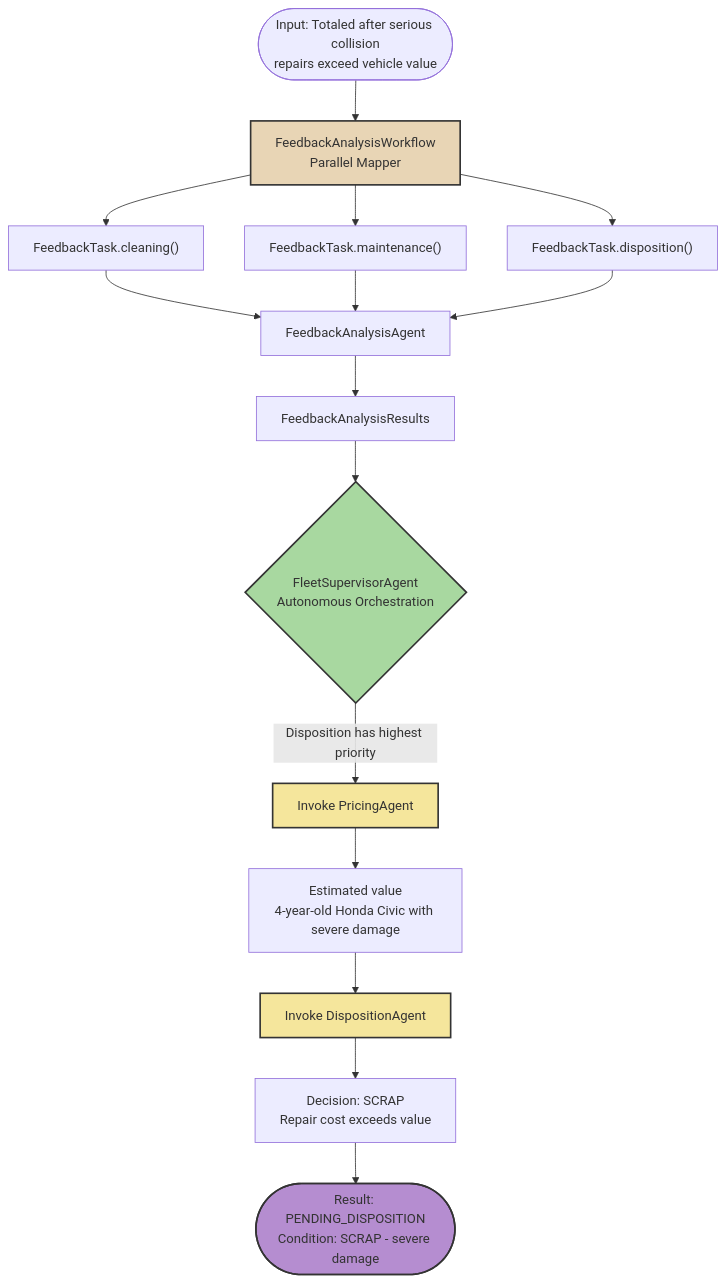
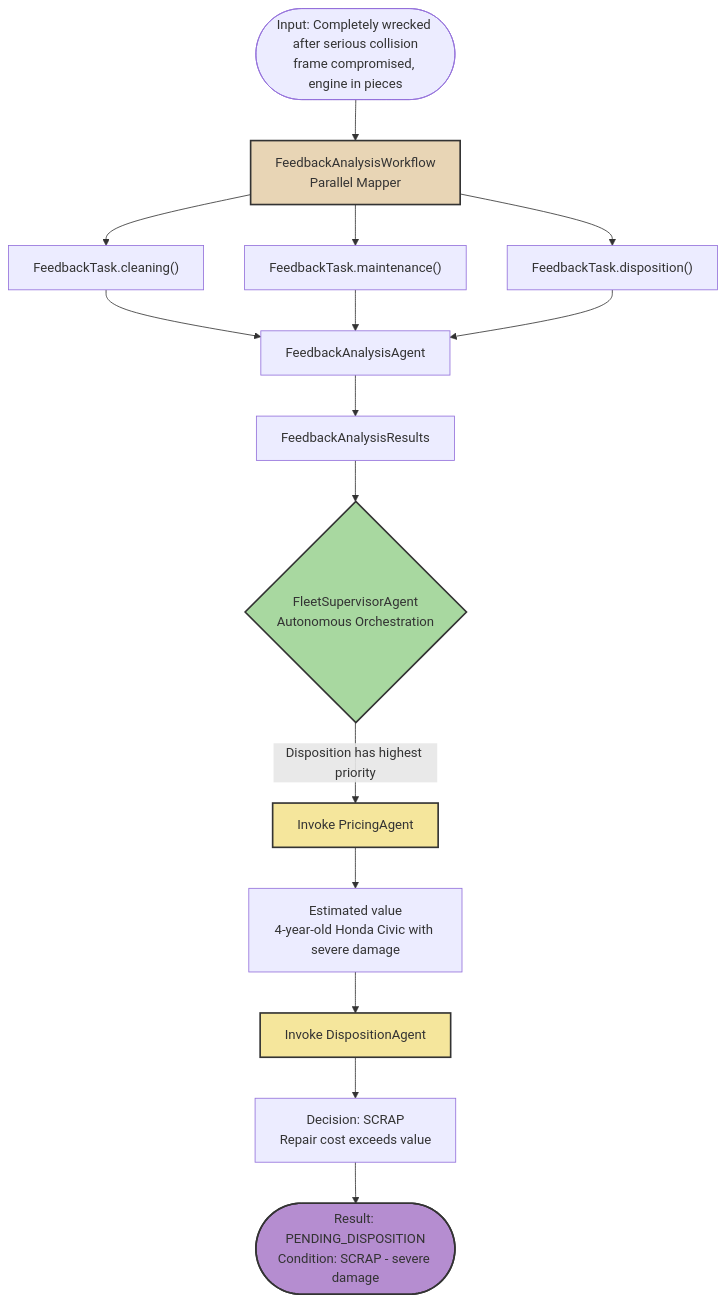
The second of 5 diagrams in docs/docs/section-2/step-04.md (quarkusio/quarkus-workshop-langchain4j), drawn with Mermaid before and after one commit. The commit also changed other lines of this file, not shown here.

Commit message:
Revise feedback text in documentation for improved clarity

````diff
--- a/docs/docs/section-2/step-04.md
+++ b/docs/docs/section-2/step-04.md
@@ -450,26 +450,26 @@
 ```mermaid
 flowchart TD
-    Start(["Input: Totaled after serious collision<br/>repairs exceed vehicle value"])
+    Start(["Input: Completely wrecked after serious collision<br/>frame compromised, engine in pieces"])
 
     Start --> FW["FeedbackAnalysisWorkflow<br/>Parallel Mapper"]
     FW --> T1["FeedbackTask.cleaning()"]
     FW --> T2["FeedbackTask.maintenance()"]
     FW --> T3["FeedbackTask.disposition()"]
     T1 --> A1["FeedbackAnalysisAgent"]
     T2 --> A1
     T3 --> A1
     A1 --> Results["FeedbackAnalysisResults"]
 
     Results --> FSA{"FleetSupervisorAgent<br/>Autonomous Orchestration"}
     FSA -->|"Disposition has highest priority"| PA["Invoke PricingAgent"]
     PA --> PV["Estimated value<br/>4-year-old Honda Civic with severe damage"]
     PV --> DA["Invoke DispositionAgent"]
     DA --> DD["Decision: SCRAP<br/>Repair cost exceeds value"]
     DD --> Result(["Result: PENDING_DISPOSITION<br/>Condition: SCRAP - severe damage"])
 
     style FW fill:#e8d5b5,stroke:#333,stroke-width:2,color:#333
     style FSA fill:#a8d8a0,stroke:#333,stroke-width:2,color:#333
     style PA fill:#f5e69c,stroke:#333,stroke-width:2,color:#333
     style DA fill:#f5e69c,stroke:#333,stroke-width:2,color:#333
     style Result fill:#b58dd0,stroke:#333,stroke-width:2,color:#333
 ```
````
